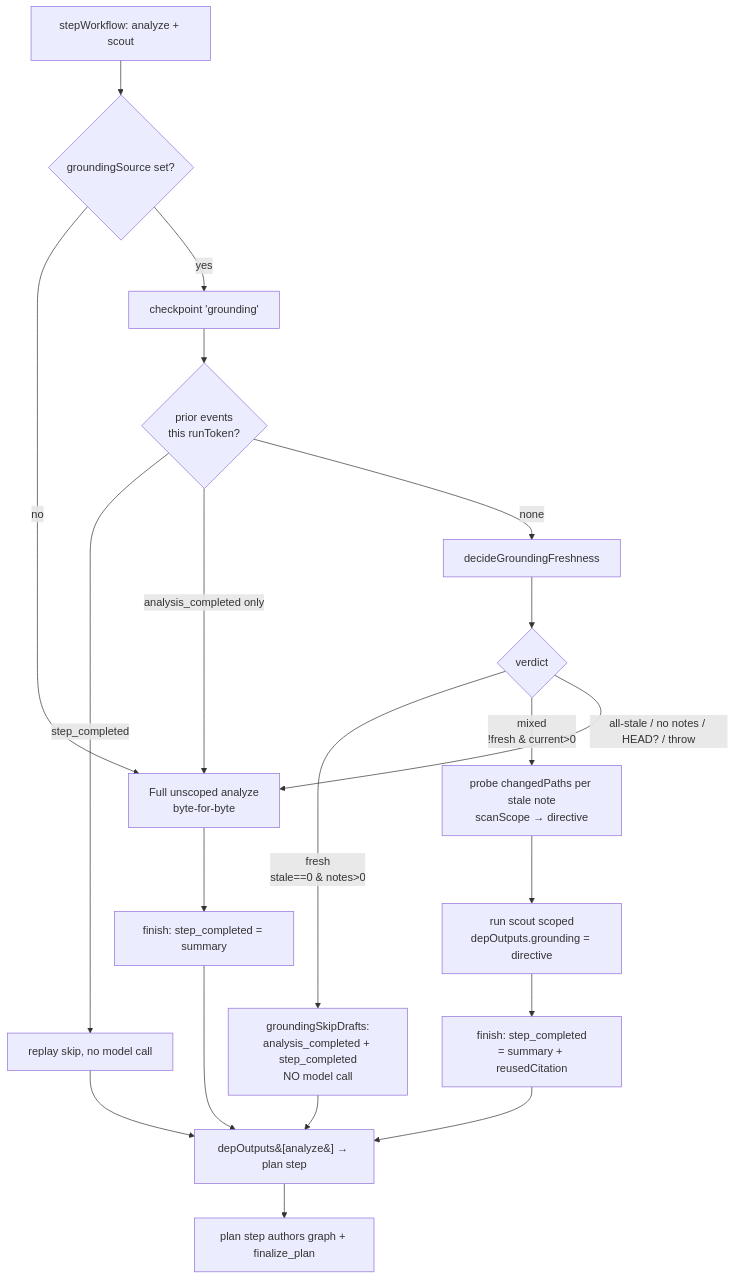
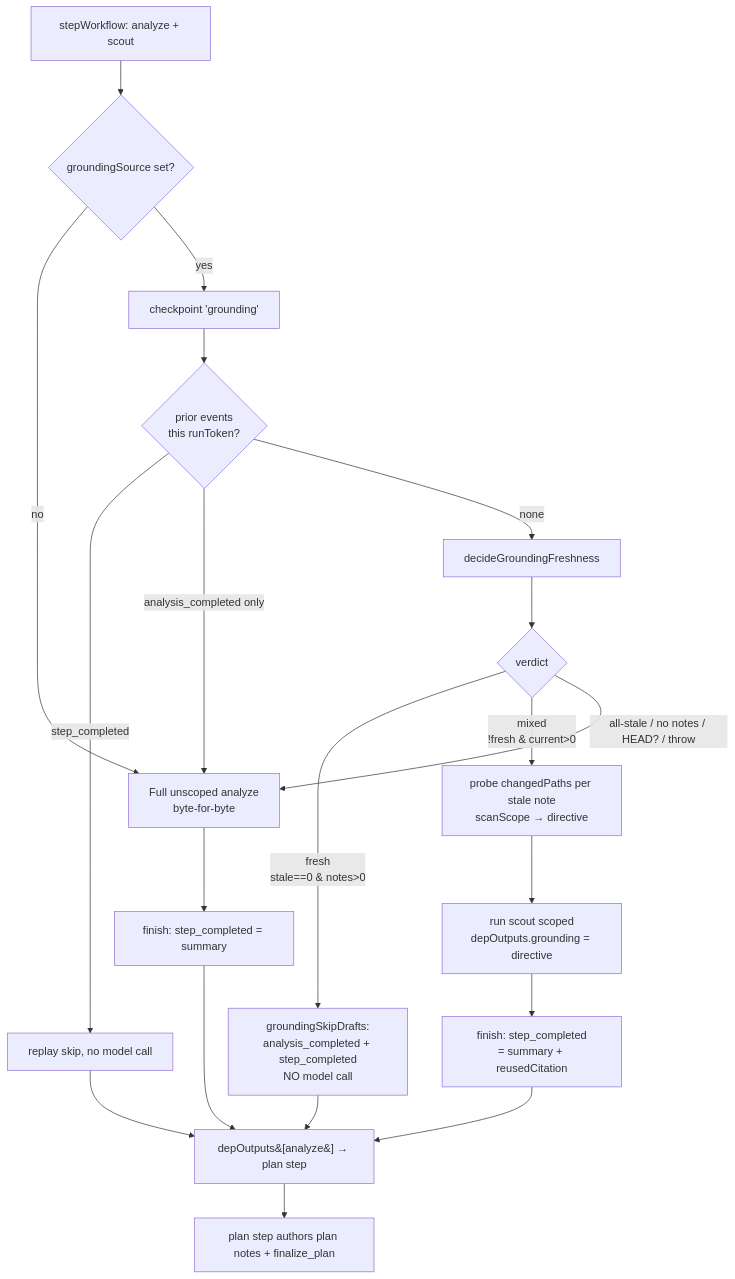
The third of 3 diagrams in docs/CODEBASE-ARCHITECTURE.md (fetttttjoe/ORC), drawn with Mermaid before and after one commit. The commit also changed other lines of this file and 112 other files, not shown here.

Commit message:
feat(knowledge): step notes go, plan notes are kernel events, and a finished plan leaves its feature as claims

````diff
--- a/docs/CODEBASE-ARCHITECTURE.md
+++ b/docs/CODEBASE-ARCHITECTURE.md
@@ -1371,22 +1374,22 @@
 ```mermaid
 flowchart TD
     A[stepWorkflow: analyze + scout] --> B{groundingSource set?}
     B -- no --> FULL[Full unscoped analyze<br/>byte-for-byte]
     B -- yes --> C[checkpoint 'grounding']
     C --> R{prior events<br/>this runToken?}
     R -- step_completed --> SKIPR[replay skip, no model call]
     R -- analysis_completed only --> FULL
     R -- none --> D[decideGroundingFreshness]
     D --> V{verdict}
     V -- fresh<br/>stale==0 & notes>0 --> SKIP[groundingSkipDrafts:<br/>analysis_completed + step_completed<br/>NO model call]
     V -- mixed<br/>!fresh & current>0 --> M[probe changedPaths per stale note<br/>scanScope → directive]
     V -- all-stale / no notes / HEAD? / throw --> FULL
     M --> RUN[run scout scoped<br/>depOutputs.grounding = directive]
     RUN --> FIN[finish: step_completed<br/>= summary + reusedCitation]
     SKIP --> HAND[depOutputs&#91;analyze&#93; → plan step]
     SKIPR --> HAND
     FIN --> HAND
     FULL --> FIN2[finish: step_completed = summary]
     FIN2 --> HAND
-    HAND --> PLAN[plan step authors graph + finalize_plan]
+    HAND --> PLAN[plan step authors plan notes + finalize_plan]
 ```
````
